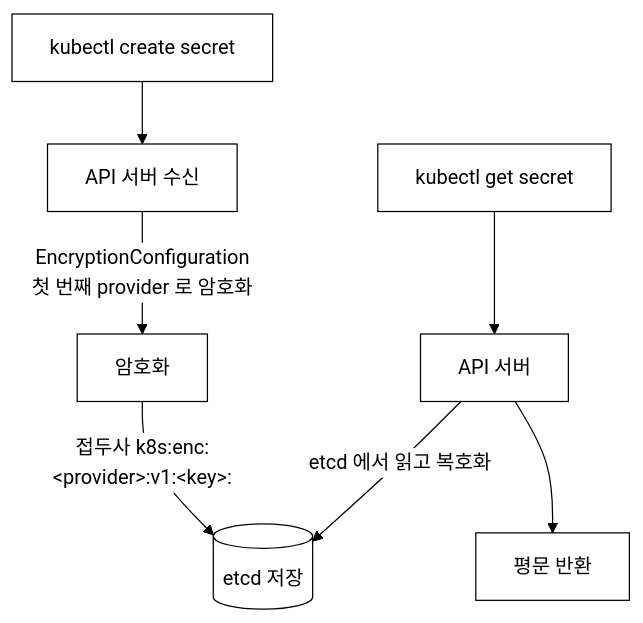
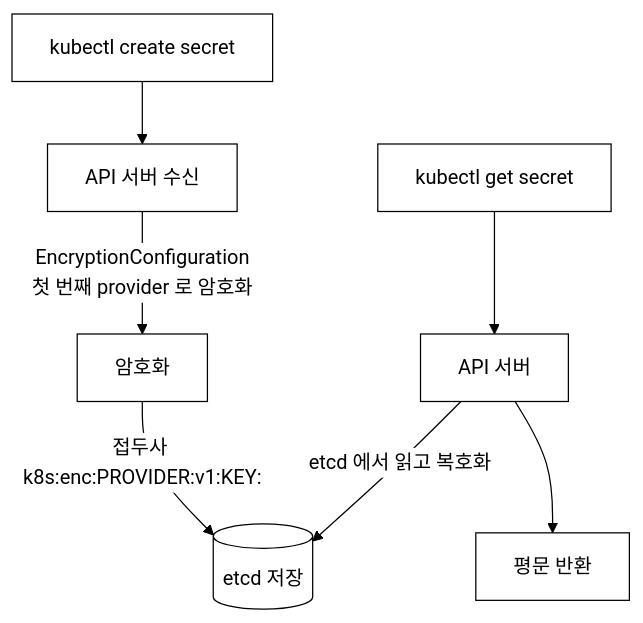
Before and after one commit to iamywl/IaC_apple_sillicon: the fourth of 7 diagrams in k8scert/CKS/04-tart-infra-practice.md, drawn with Mermaid. The commit also changed 1 other file, not shown here.

Commit message:
fix(mermaid): C3 렌더링 버그 수정 — day06 서비스메시 엣지라벨 괄호 따옴표 처리(파싱오류), CKS04 Secret암호화 엣지라벨 &lt; 엔티티→평문. mermaid-cli 로 변경파일 전 블록 렌더 검증 통과

````diff
--- a/k8scert/CKS/04-tart-infra-practice.md
+++ b/k8scert/CKS/04-tart-infra-practice.md
@@ -1259,10 +1259,10 @@
 ```mermaid
 %%{init:{'theme':'base','themeVariables':{'primaryColor':'#ffffff','primaryBorderColor':'#000000','primaryTextColor':'#000000','lineColor':'#000000','fontFamily':'Georgia, serif'}}}%%
 flowchart TB
   create["kubectl create secret"] --> api[API 서버 수신]
   api -->|EncryptionConfiguration\n첫 번째 provider 로 암호화| enc[암호화]
-  enc -->|"접두사 k8s:enc:&lt;provider&gt;:v1:&lt;key&gt;:"| etcd[(etcd 저장)]
+  enc -->|"접두사 k8s:enc:PROVIDER:v1:KEY:"| etcd[(etcd 저장)]
   get["kubectl get secret"] --> api2[API 서버]
   api2 -->|etcd 에서 읽고 복호화| etcd
   api2 --> ret[평문 반환]
 ```
````
